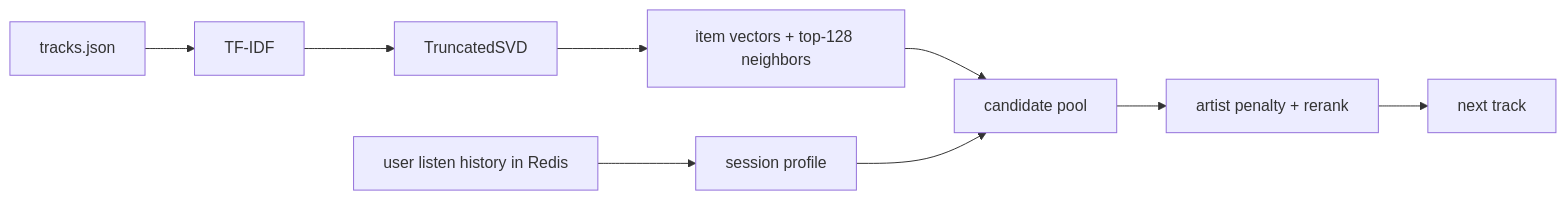
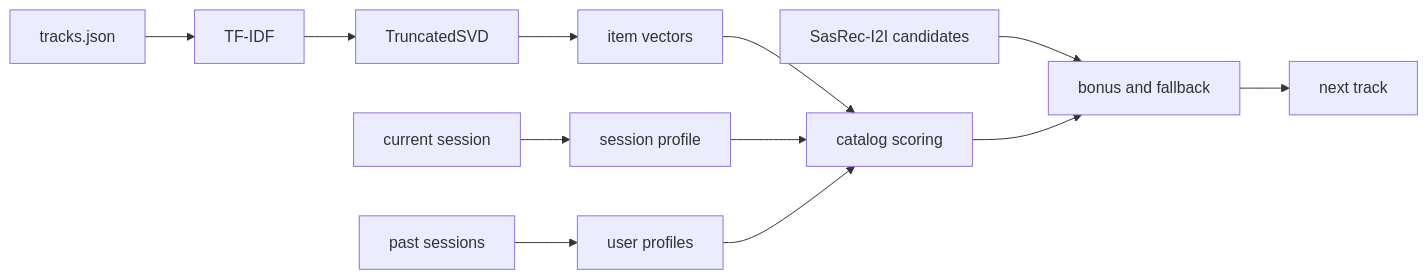
The diagram in report.md (anokhin/recsys-course-spring-2026), drawn with Mermaid before and after one commit. The commit also changed other lines of this file and 2 other files, not shown here.

Commit message:
hw2: restore stronger session semantic treatment

````diff
--- a/report.md
+++ b/report.md
@@ -11,11 +11,14 @@
 ```mermaid
 flowchart LR
     A[tracks.json] --> B[TF-IDF]
     B --> C[TruncatedSVD]
-    C --> D[item vectors + top-128 neighbors]
-    E[user listen history in Redis] --> F[session profile]
-    D --> G[candidate pool]
-    F --> G
-    G --> H[artist penalty + rerank]
-    H --> I[next track]
+    C --> D[item vectors]
+    E[current session] --> F[session profile]
+    G[past sessions] --> H[user profiles]
+    D --> I[catalog scoring]
+    F --> I
+    H --> I
+    J[SasRec-I2I candidates] --> K[bonus and fallback]
+    I --> K
+    K --> L[next track]
 ```
````
